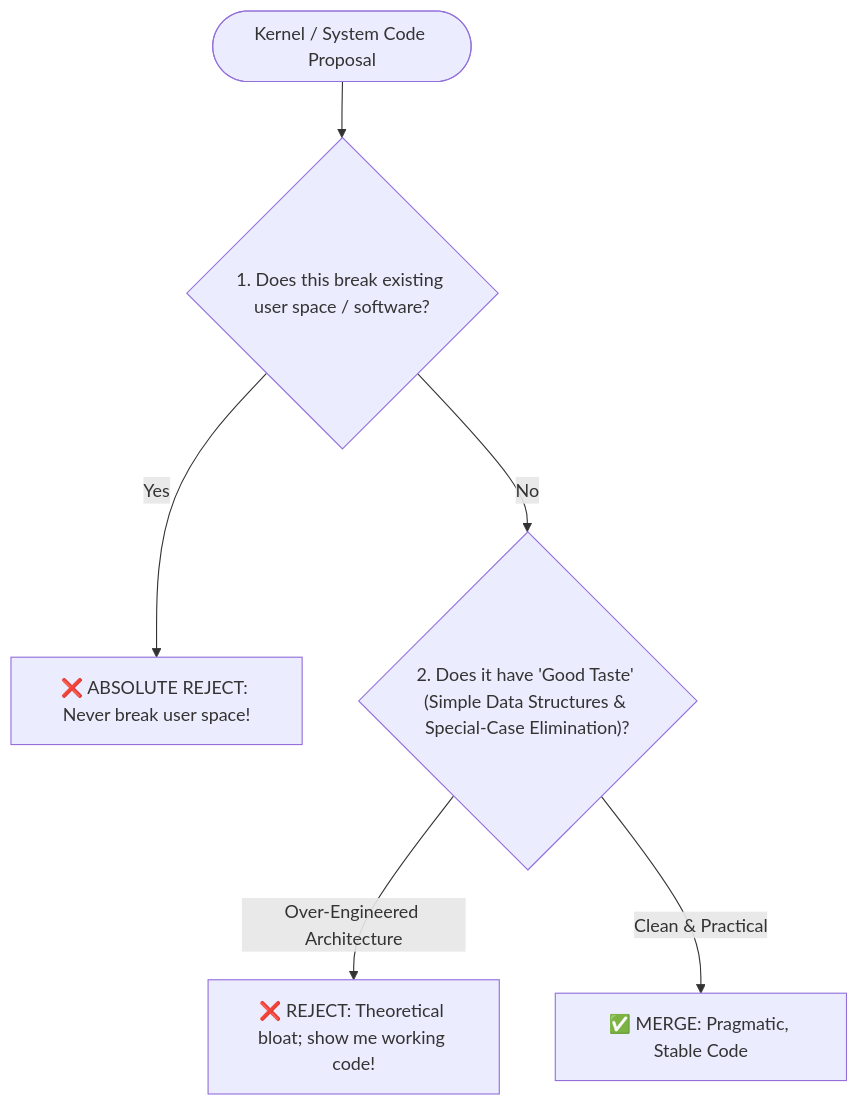
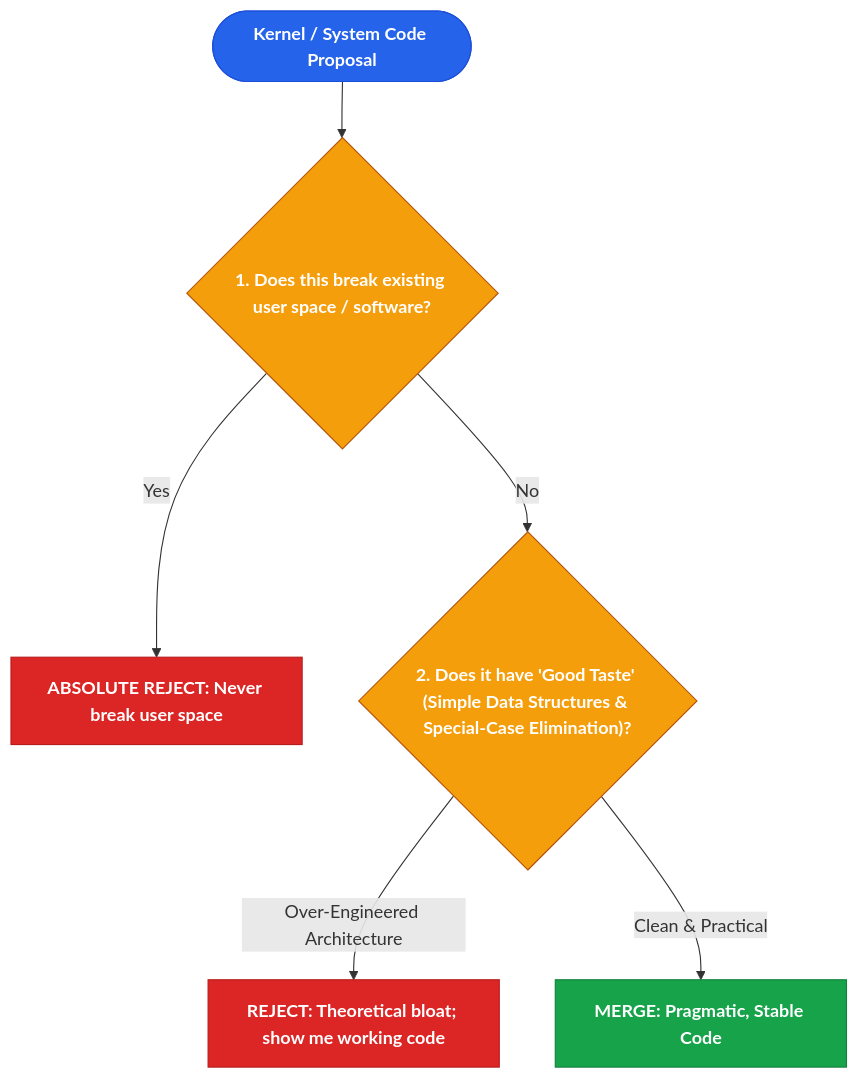
Before and after one commit to DOTfei/borrowed-brain-pro: the diagram in profiles/linus-torvalds.md, drawn with Mermaid. The commit also changed 12 other files, not shown here.

````diff
--- a/profiles/linus-torvalds.md
+++ b/profiles/linus-torvalds.md
@@ -18,10 +18,16 @@
 ```mermaid
 flowchart TD
-    Change(["Kernel / System Code Proposal"]) --> BreakUserSpace{"1. Does this break existing user space / software?"}
-    
-    BreakUserSpace -->|Yes| Reject1["❌ ABSOLUTE REJECT: Never break user space!"]
-    BreakUserSpace -->|No| CheckTaste{"2. Does it have 'Good Taste' (Simple Data Structures & Special-Case Elimination)?"}
-    
-    CheckTaste -->|Over-Engineered Architecture| Reject2["❌ REJECT: Theoretical bloat; show me working code!"]
-    CheckTaste -->|Clean & Practical| Merge["✅ MERGE: Pragmatic, Stable Code"]
+    Start(["Kernel / System Code Proposal"]):::start --> Q1{"1. Does this break existing user space / software?"}:::decision
+
+    Q1 -->|Yes| R1["ABSOLUTE REJECT: Never break user space"]:::danger
+    Q1 -->|No| Q2{"2. Does it have 'Good Taste' (Simple Data Structures & Special-Case Elimination)?"}:::decision
+
+    Q2 -->|Over-Engineered Architecture| R2["REJECT: Theoretical bloat; show me working code"]:::danger
+    Q2 -->|Clean & Practical| E1["MERGE: Pragmatic, Stable Code"]:::success
+    classDef start fill:#2563eb,stroke:#1d4ed8,color:#ffffff,font-weight:bold
+    classDef decision fill:#f59e0b,stroke:#b45309,color:#ffffff,font-weight:bold
+    classDef success fill:#16a34a,stroke:#15803d,color:#ffffff,font-weight:bold
+    classDef danger fill:#dc2626,stroke:#b91c1c,color:#ffffff,font-weight:bold
+    classDef warning fill:#ea580c,stroke:#c2410c,color:#ffffff,font-weight:bold
+    classDef action fill:#64748b,stroke:#475569,color:#ffffff,font-weight:bold
 ```
````
